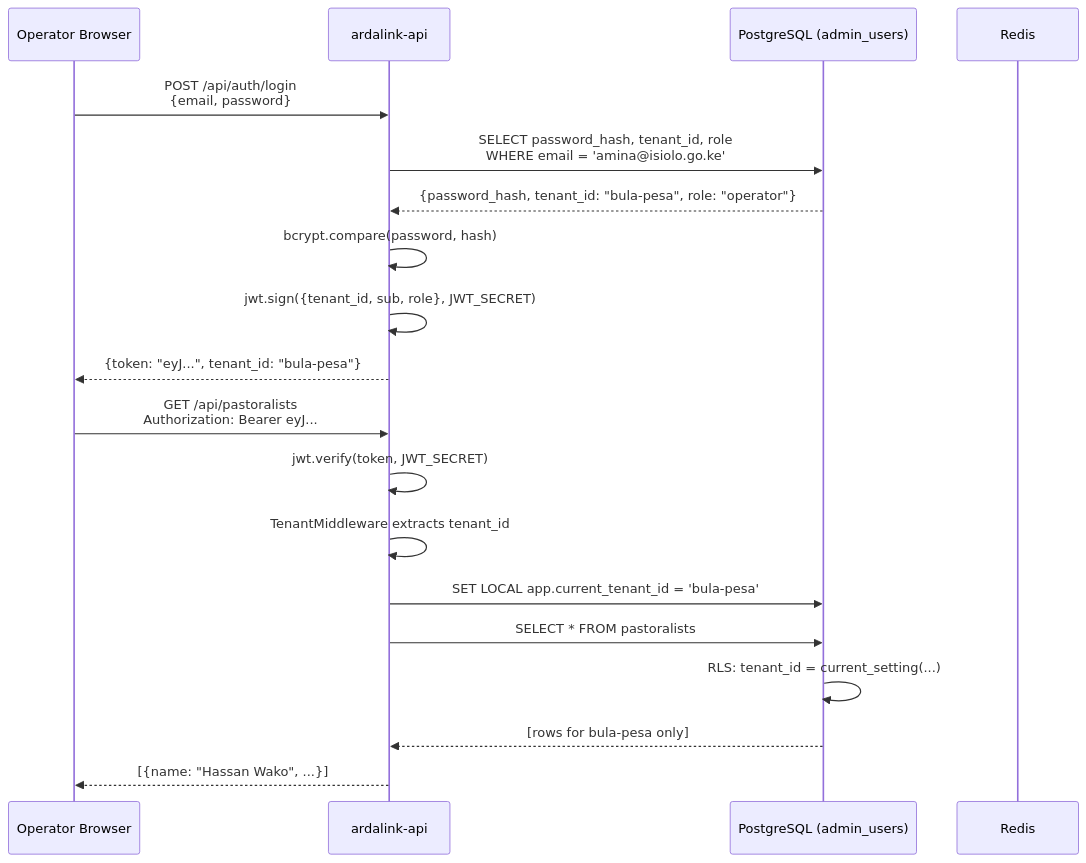
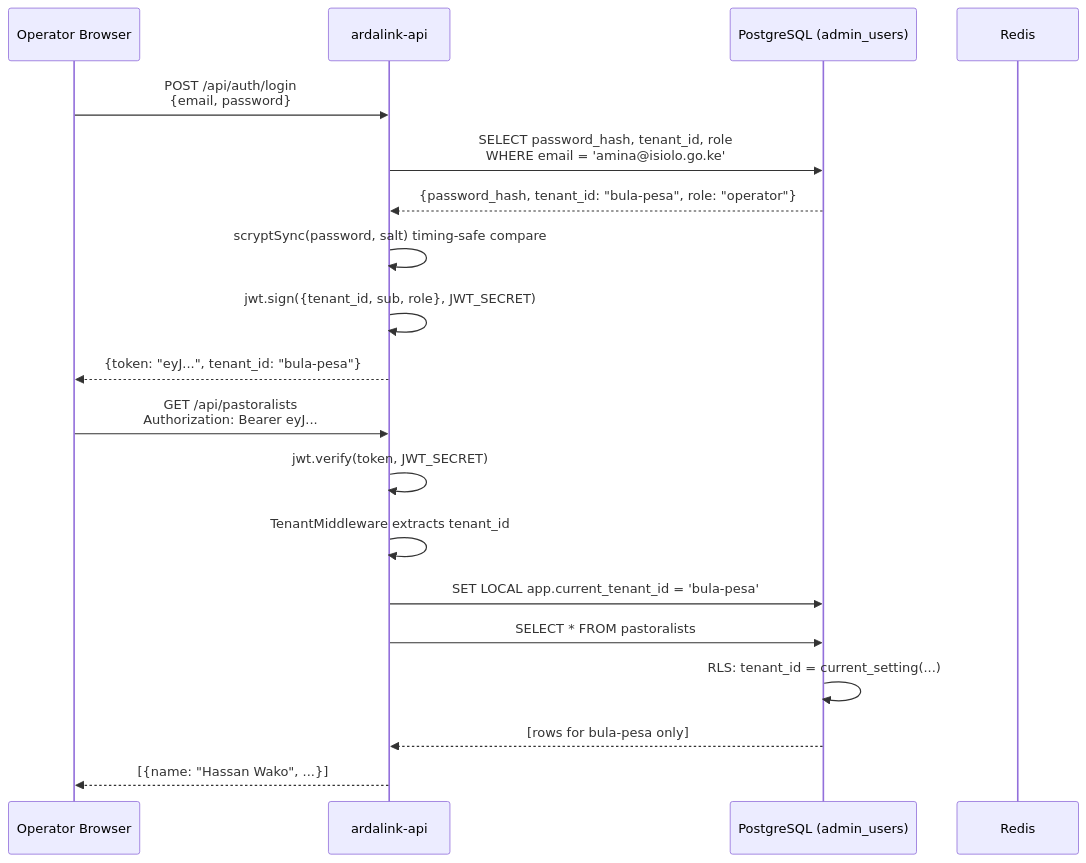
Before and after one commit to JHUB-AFRICA/arda-link-ai: the first of 4 diagrams in Arda-link-AI-Docs/security.md, drawn with Mermaid. The commit also changed other lines of this file and 2 other files, not shown here.

````diff
--- a/Arda-link-AI-Docs/security.md
+++ b/Arda-link-AI-Docs/security.md
@@ -21,23 +23,23 @@
 ```mermaid
 sequenceDiagram
     participant Op as Operator Browser
     participant API as ardalink-api
     participant DB as PostgreSQL (admin_users)
     participant Redis as Redis
 
     Op->>API: POST /api/auth/login<br/>{email, password}
     API->>DB: SELECT password_hash, tenant_id, role<br/>WHERE email = 'amina@isiolo.go.ke'
     DB-->>API: {password_hash, tenant_id: "bula-pesa", role: "operator"}
-    API->>API: bcrypt.compare(password, hash)
+    API->>API: scryptSync(password, salt) timing-safe compare
     API->>API: jwt.sign({tenant_id, sub, role}, JWT_SECRET)
     API-->>Op: {token: "eyJ...", tenant_id: "bula-pesa"}
 
     Op->>API: GET /api/pastoralists<br/>Authorization: Bearer eyJ...
     API->>API: jwt.verify(token, JWT_SECRET)
     API->>API: TenantMiddleware extracts tenant_id
     API->>DB: SET LOCAL app.current_tenant_id = 'bula-pesa'
     API->>DB: SELECT * FROM pastoralists
     DB->>DB: RLS: tenant_id = current_setting(...)
     DB-->>API: [rows for bula-pesa only]
     API-->>Op: [{name: "Hassan Wako", ...}]
 ```
````
